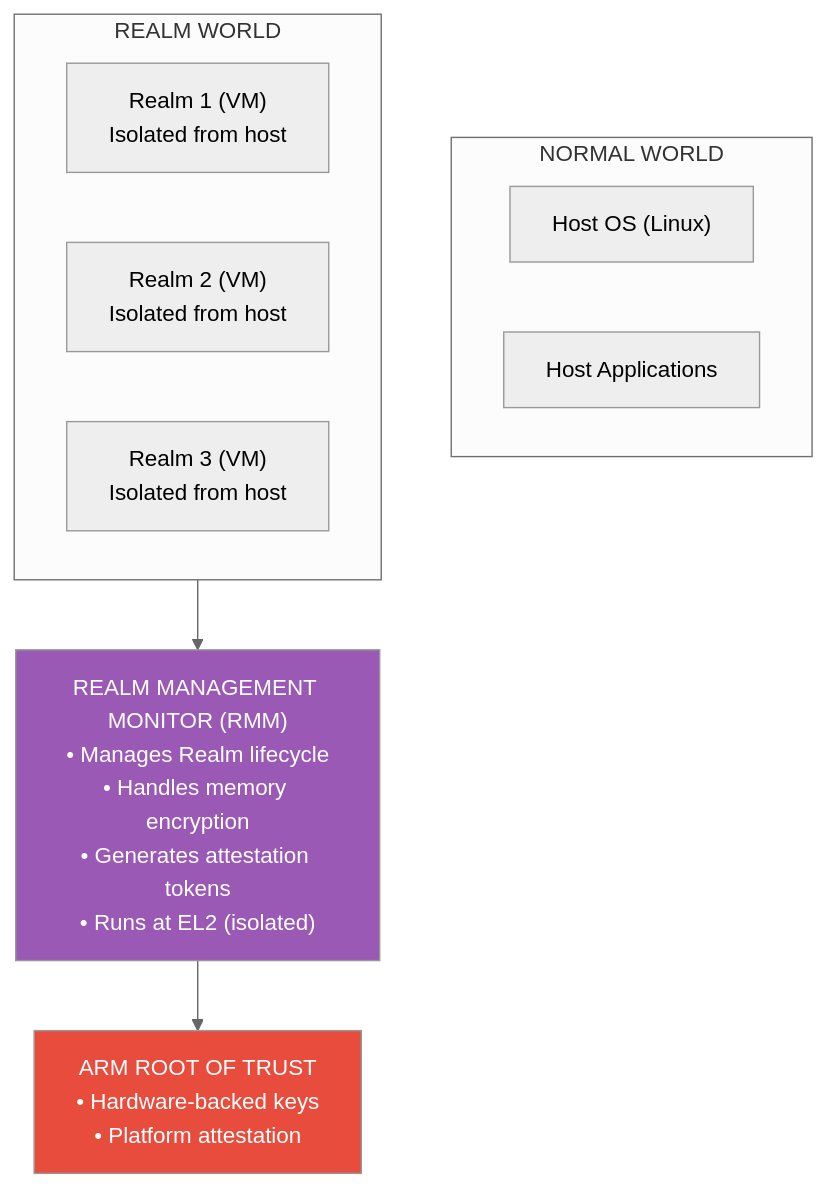
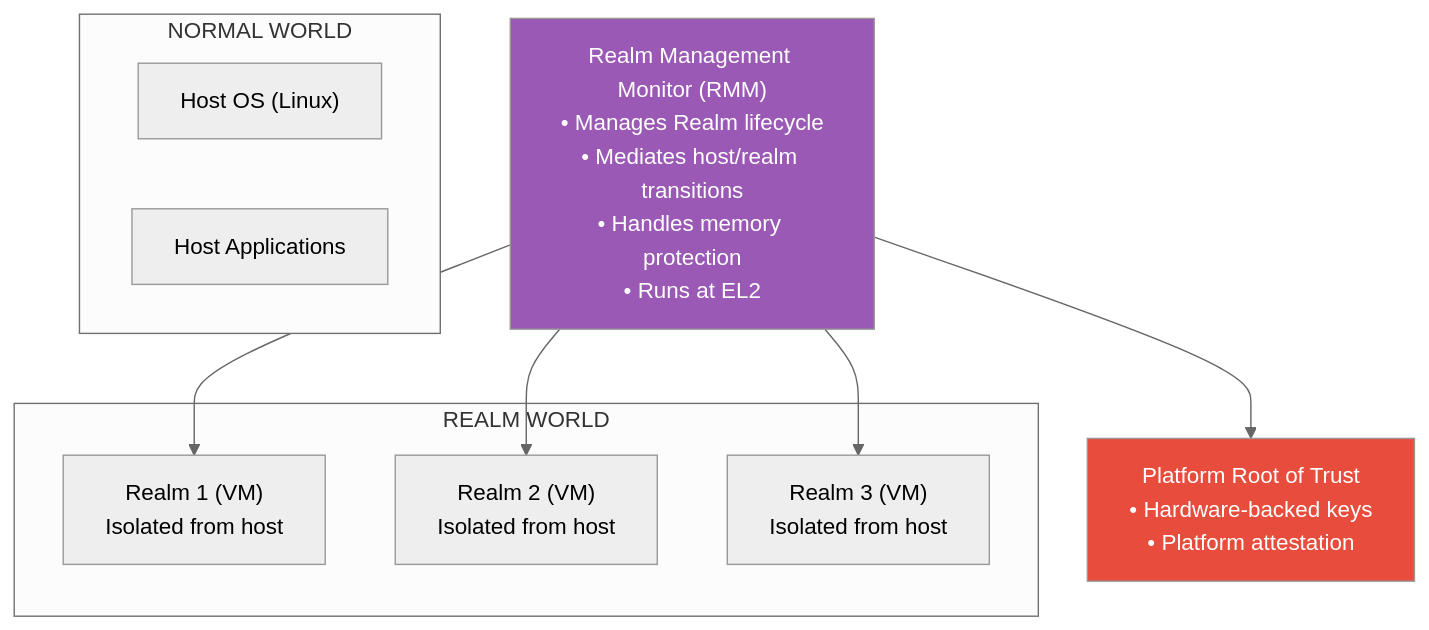
One commit to V-k-h/roots-of-trust changed the eighth of 12 diagrams in posts/04-cross-platform-attestation.md. Above: the diagram before and after it, drawn with Mermaid (neutral theme). The commit also changed other lines of this file, not shown here.

First line of the commit message:
Improve clarity and formatting in cross-platform attestation post

````diff
--- a/posts/04-cross-platform-attestation.md
+++ b/posts/04-cross-platform-attestation.md
@@ -245,23 +270,27 @@
 ```mermaid
+
 flowchart TD
     subgraph Normal["NORMAL WORLD"]
         HostOS["Host OS (Linux)"]
         HostApps["Host Applications"]
     end
     
     subgraph Realm["REALM WORLD"]
-        R1["Realm 1 (VM)\nIsolated from host"]
-        R2["Realm 2 (VM)\nIsolated from host"]
-        R3["Realm 3 (VM)\nIsolated from host"]
+        R1["Realm 1 (VM)<br>Isolated from host"]
+        R2["Realm 2 (VM)<br>Isolated from host"]
+        R3["Realm 3 (VM)<br>Isolated from host"]
     end
     
-    RMM["REALM MANAGEMENT MONITOR (RMM)\n• Manages Realm lifecycle\n• Handles memory encryption\n• Generates attestation tokens\n• Runs at EL2 (isolated)"]
+    RMM["Realm Management Monitor (RMM)<br>• Manages Realm lifecycle<br>• Mediates host/realm transitions<br>• Handles memory protection<br>• Runs at EL2"]
     
-    RootOfTrust["ARM ROOT OF TRUST\n• Hardware-backed keys\n• Platform attestation"]
+    RootOfTrust["Platform Root of Trust<br>• Hardware-backed keys<br>• Platform attestation"]
     
-    Realm --> RMM
+    RMM --> R1
+    RMM --> R2
+    RMM --> R3
+    
     RMM --> RootOfTrust
     
     style RMM fill:#9b59b6,color:#fff
     style RootOfTrust fill:#e74c3c,color:#fff
 ```
````
